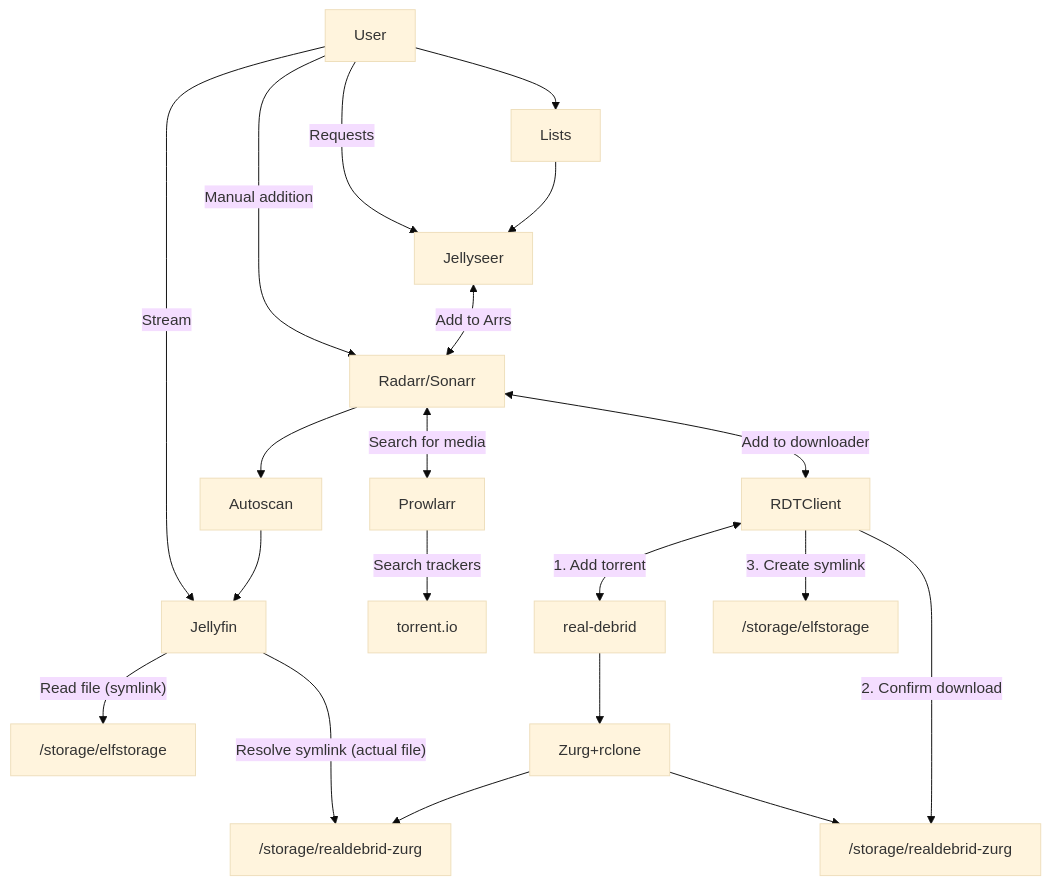
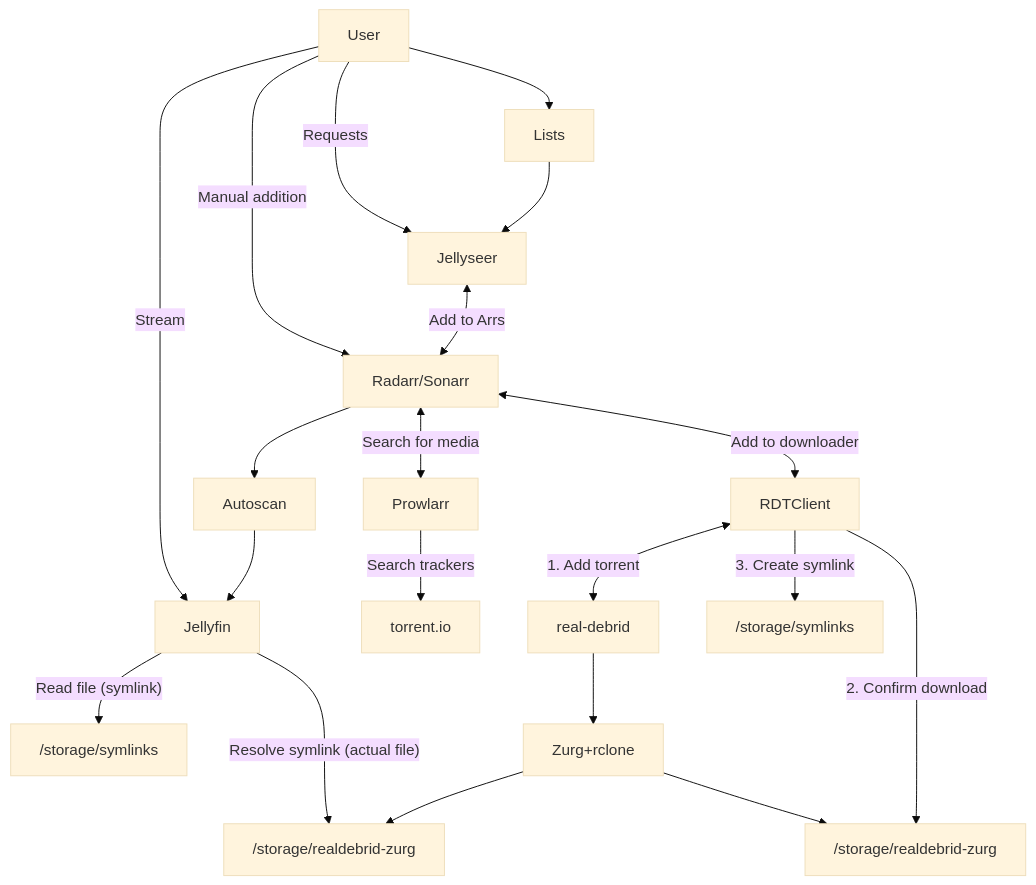
One commit to elfhosted/elfhosted.com changed the diagram in docs/guides/media/stream-from-real-debrid-with-jellyfin-radarr-sonarr-prowlarr.md. Above: the diagram before and after it, drawn with Mermaid (base theme). The commit also changed other lines of this file and 3 other files, not shown here.

````diff
--- a/docs/guides/media/stream-from-real-debrid-with-jellyfin-radarr-sonarr-prowlarr.md
+++ b/docs/guides/media/stream-from-real-debrid-with-jellyfin-radarr-sonarr-prowlarr.md
@@ -36,29 +36,29 @@
 ```mermaid
 flowchart TD
     Z[fa:fa-user User] --> |Stream|K
     Z[fa:fa-user User] --> A
     Z[User]--> |Manual addition|D
     Z[User]--> |Requests|C
     A[Lists] --> C[Jellyseer]
     C <--> |Add to Arrs|D[Radarr/Sonarr]
     D --> R[Autoscan]
     D <--> |Search for media|E[Prowlarr]
     D <--> |Add to downloader|G[RDTClient]
     E --> |Search trackers|F[torrent.io]
     G <--> |1. Add torrent|H[real-debrid]
 
     R[Autoscan] --> K[Jellyfin] 
 
-    K[Jellyfin] --> |"Read file (symlink)"|L["/storage/elfstorage"]
+    K[Jellyfin] --> |"Read file (symlink)"|L["/storage/symlinks"]
 
     K[Jellyfin] --> |"Resolve symlink (actual file)"|J["/storage/realdebrid-zurg"]
     %% G --> |Confirm download|J
 
-    G[RDTClient] --> |3. Create symlink|P["/storage/elfstorage"]
+    G[RDTClient] --> |3. Create symlink|P["/storage/symlinks"]
 
     H --> Q[Zurg+rclone]
     Q --> J
 
     Q --> O
     G[RDTClient] --> |2. Confirm download|O["/storage/realdebrid-zurg"]
 ```
````
